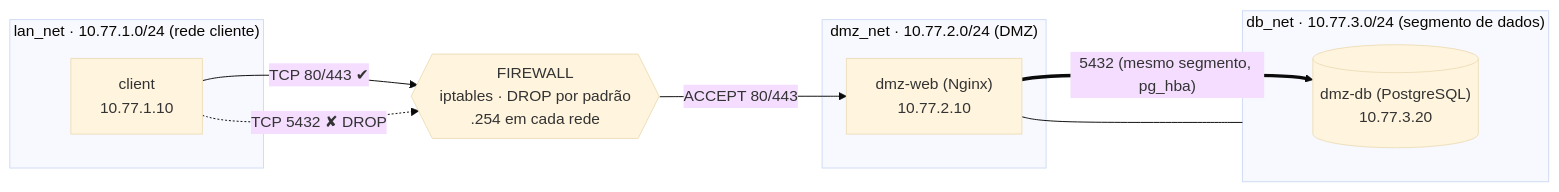
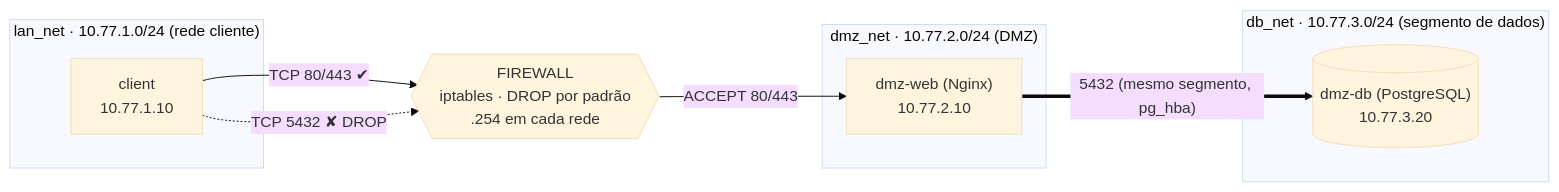
One commit to Matheus-fel/firewall-dmz-lab changed the second of 2 diagrams in docs/RELATORIO.md. Above: the diagram before and after it, drawn with Mermaid (base theme). The commit also changed other lines of this file, not shown here.

````diff
--- a/docs/RELATORIO.md
+++ b/docs/RELATORIO.md
@@ -110,22 +110,21 @@
 ```mermaid
 flowchart LR
     subgraph LAN["lan_net · 10.77.1.0/24 (rede cliente)"]
         CLI["client<br/>10.77.1.10"]
     end
 
     FW{{"FIREWALL<br/>iptables · DROP por padrão<br/>.254 em cada rede"}}
 
     subgraph DMZ["dmz_net · 10.77.2.0/24 (DMZ)"]
         WEB["dmz-web (Nginx)<br/>10.77.2.10"]
     end
 
     subgraph DBN["db_net · 10.77.3.0/24 (segmento de dados)"]
         DB[("dmz-db (PostgreSQL)<br/>10.77.3.20")]
     end
 
     CLI -- "TCP 80/443 ✔" --> FW
     FW -- "ACCEPT 80/443" --> WEB
     CLI -. "TCP 5432 ✘ DROP" .-> FW
     WEB == "5432 (mesmo segmento, pg_hba)" ==> DB
-    WEB --- DBN
 ```
````
